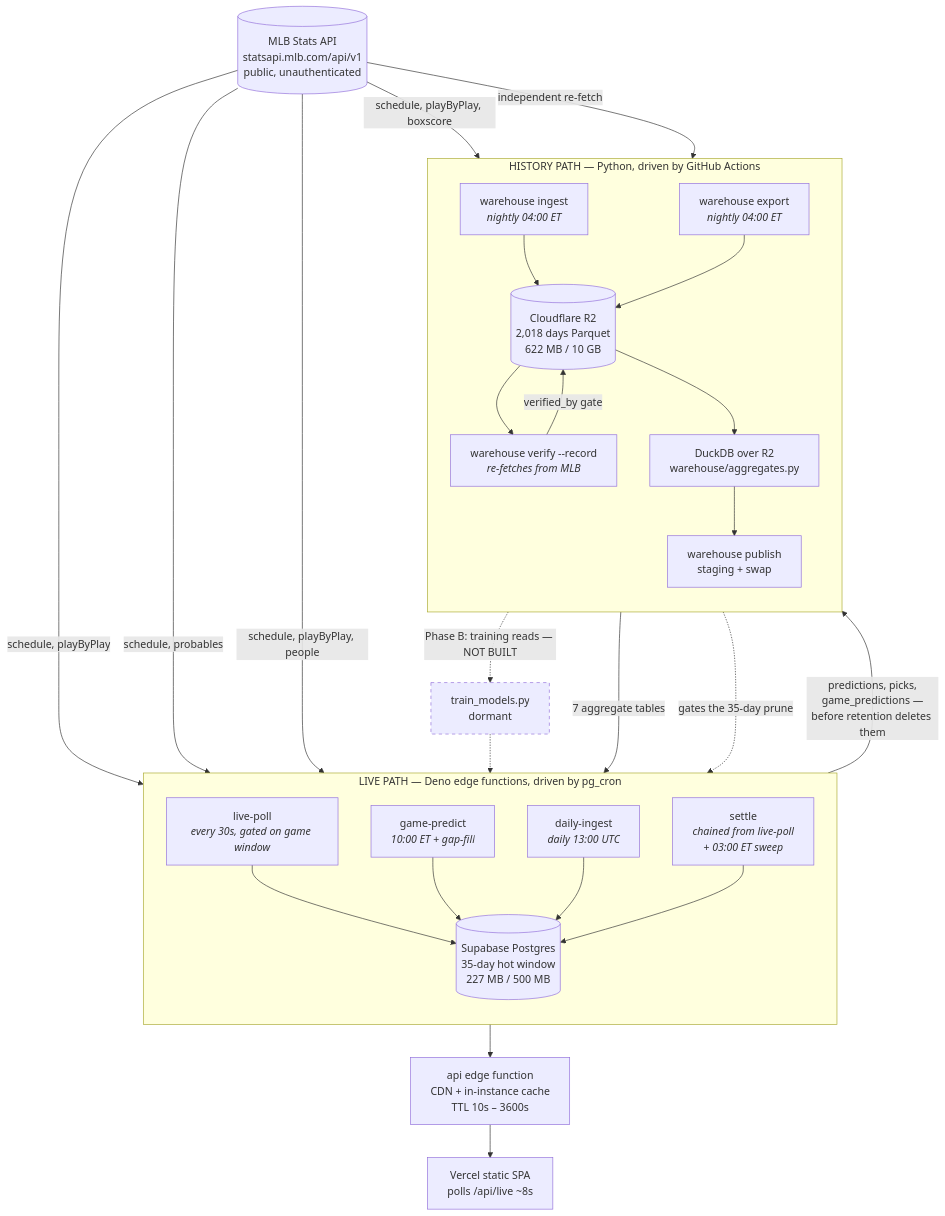
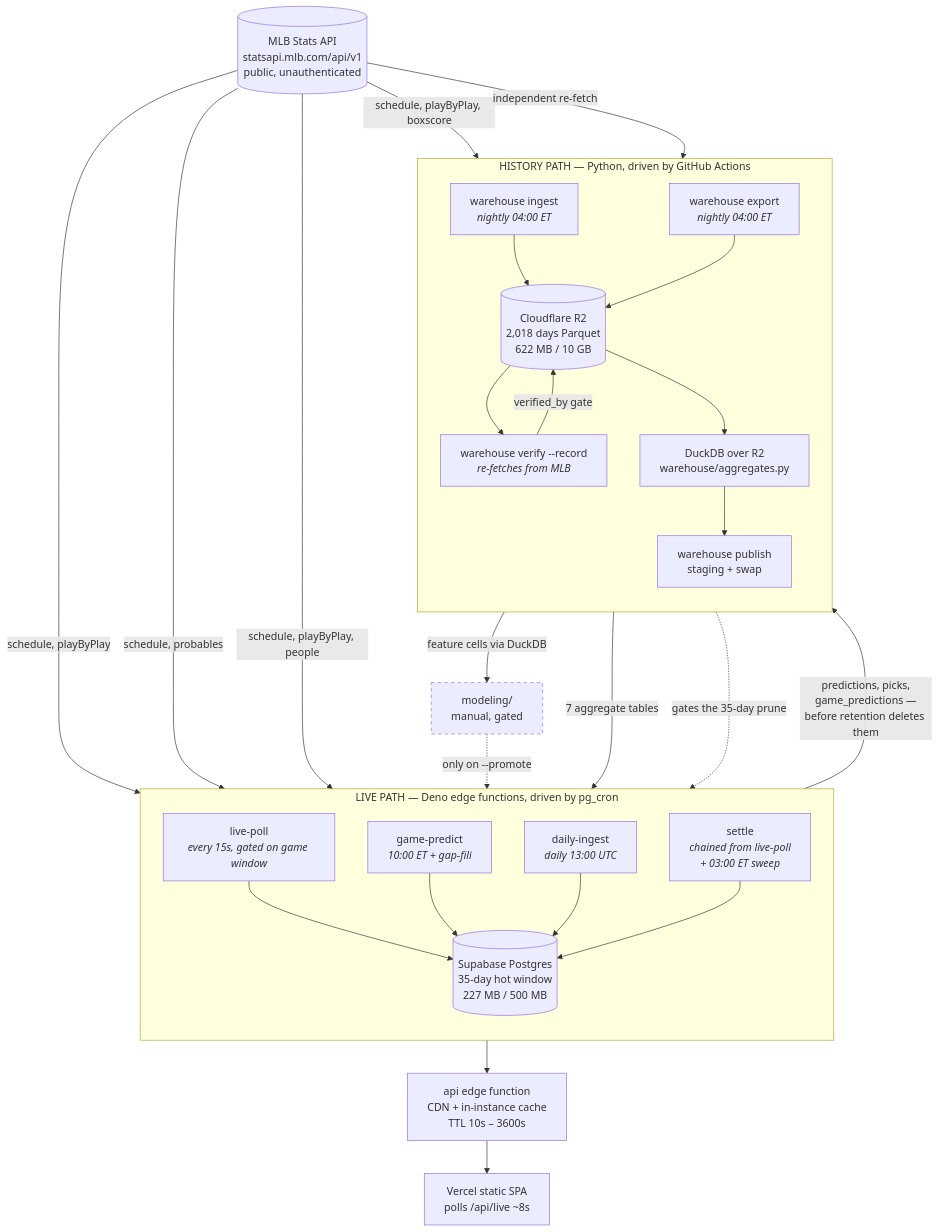
The first of 3 diagrams in docs/DATA-OPERATIONS.md (danielmac96/pitch-hawk), drawn with Mermaid before and after one commit. The commit also changed other lines of this file and 12 other files, not shown here.

````diff
--- a/docs/DATA-OPERATIONS.md
+++ b/docs/DATA-OPERATIONS.md
@@ -106,52 +109,52 @@
 ```mermaid
 flowchart TB
     MLB[("MLB Stats API<br/>statsapi.mlb.com/api/v1<br/>public, unauthenticated")]
 
     subgraph LIVE["LIVE PATH — Deno edge functions, driven by pg_cron"]
         direction TB
-        LP["live-poll<br/><i>every 30s, gated on game window</i>"]
+        LP["live-poll<br/><i>every 15s, gated on game window</i>"]
         GP["game-predict<br/><i>10:00 ET + gap-fill</i>"]
         ST["settle<br/><i>chained from live-poll<br/>+ 03:00 ET sweep</i>"]
         DI["daily-ingest<br/><i>daily 13:00 UTC</i>"]
         PG[("Supabase Postgres<br/>35-day hot window<br/>227 MB / 500 MB")]
     end
 
     subgraph HIST["HISTORY PATH — Python, driven by GitHub Actions"]
         direction TB
         ING["warehouse ingest<br/><i>nightly 04:00 ET</i>"]
         VER["warehouse verify --record<br/><i>re-fetches from MLB</i>"]
         R2[("Cloudflare R2<br/>2,018 days Parquet<br/>622 MB / 10 GB")]
         DUCK["DuckDB over R2<br/>warehouse/aggregates.py"]
         PUB["warehouse publish<br/>staging + swap"]
         EXP["warehouse export<br/><i>nightly 04:00 ET</i>"]
     end
 
     SERVE["api edge function<br/>CDN + in-instance cache<br/>TTL 10s – 3600s"]
     FE["Vercel static SPA<br/>polls /api/live ~8s"]
 
     MLB -->|"schedule, playByPlay"| LP
     MLB -->|"schedule, probables"| GP
     MLB -->|"schedule, playByPlay, people"| DI
     MLB -->|"schedule, playByPlay, boxscore"| ING
     MLB -->|"independent re-fetch"| VER
 
     LP --> PG
     GP --> PG
     DI --> PG
     ST --> PG
 
     ING --> R2
     R2 --> VER
     VER -->|"verified_by gate"| R2
     R2 --> DUCK --> PUB -->|"7 aggregate tables"| PG
 
     PG -->|"predictions, picks,<br/>game_predictions —<br/>before retention deletes them"| EXP --> R2
 
     PG --> SERVE --> FE
 
     VER -.->|"gates the 35-day prune"| PG
-    R2 -.->|"Phase B: training reads — NOT BUILT"| TRAIN["train_models.py<br/>dormant"]
-    TRAIN -.-> PG
+    R2 -->|"feature cells via DuckDB"| TRAIN["modeling/<br/>manual, gated"]
+    TRAIN -.->|"only on --promote"| PG
 
     style TRAIN stroke-dasharray: 5 5
 ```
````
